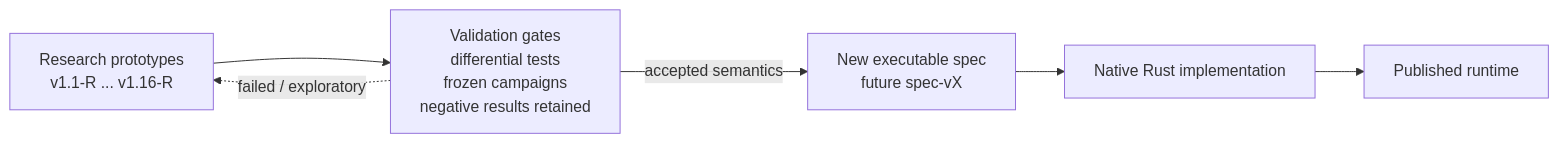
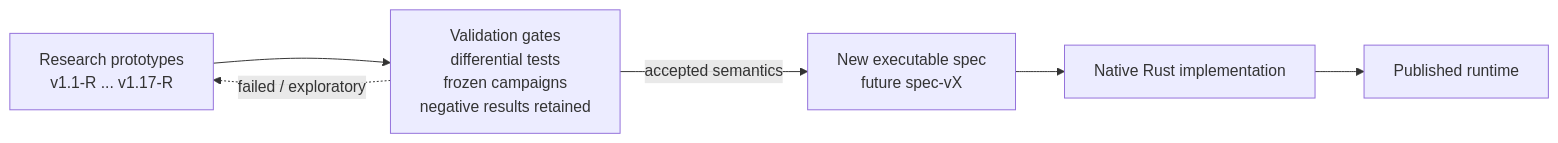
Before and after one commit to ordinaly/cortex: the second of 14 diagrams in docs/ARCHITECTURE.md, drawn with Mermaid. The commit also changed other lines of this file, not shown here.

Commit message:
Advance architecture frontier to v1.17-R

````diff
--- a/docs/ARCHITECTURE.md
+++ b/docs/ARCHITECTURE.md
@@ -81,15 +81,15 @@
 ```mermaid
 flowchart LR
-    R["Research prototypes<br/>v1.1-R ... v1.16-R"]
+    R["Research prototypes<br/>v1.1-R ... v1.17-R"]
     G["Validation gates<br/>differential tests<br/>frozen campaigns<br/>negative results retained"]
     S["New executable spec<br/>future spec-vX"]
     N["Native Rust implementation"]
     P["Published runtime"]
 
     R --> G
     G -->|"accepted semantics"| S
     S --> N
     N --> P
 
     G -.->|"failed / exploratory"| R
 ```
````
